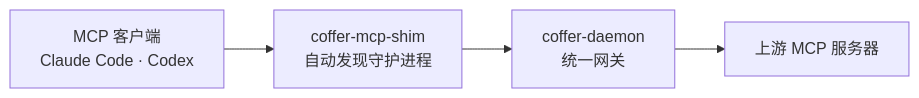
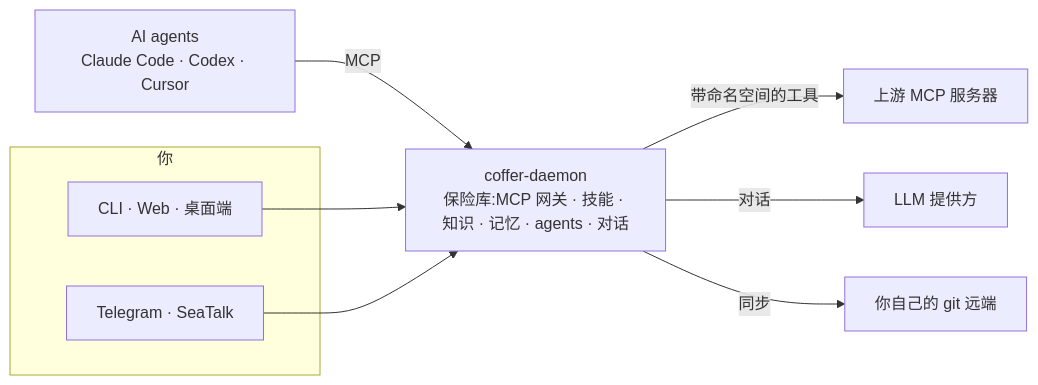
One commit to wyx-sg/Coffer changed the diagram in docs-site/zh/index.md. Above: the diagram before and after it, drawn with Mermaid. The commit also changed other lines of this file and 42 other files, not shown here.

````diff
--- a/docs-site/zh/index.md
+++ b/docs-site/zh/index.md
@@ -31,6 +31,14 @@
 ```mermaid
 flowchart LR
-  C["MCP 客户端<br/>Claude Code · Codex"] --> S["coffer-mcp-shim<br/>自动发现守护进程"]
-  S --> D["coffer-daemon<br/>统一网关"]
-  D --> U["上游 MCP 服务器"]
+  subgraph You["你"]
+    UI["CLI · Web · 桌面端"]
+    IM["Telegram · SeaTalk"]
+  end
+  A["AI agents<br/>Claude Code · Codex · Cursor"] -->|MCP| D
+  UI --> D
+  IM --> D
+  D["coffer-daemon<br/>保险库:MCP 网关 · 技能 · 知识 · 记忆 · agents · 对话"]
+  D -->|带命名空间的工具| U["上游 MCP 服务器"]
+  D -->|对话| L["LLM 提供方"]
+  D -->|同步| G["你自己的 git 远端"]
 ```
````
